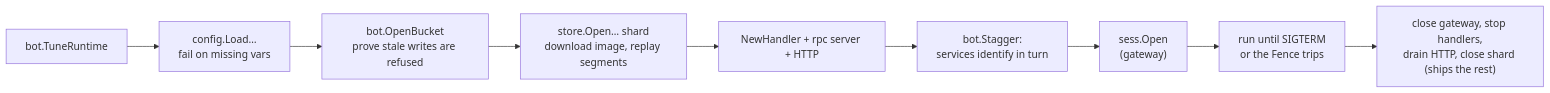
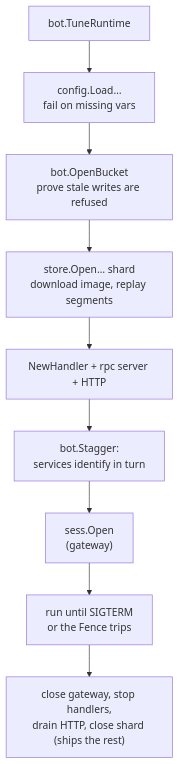
One commit to donfn/steki-discord-bot changed the tenth of 11 diagrams in docs/ARCHITECTURE.md. Above: the diagram before and after it, drawn with Mermaid. The commit also changed other lines of this file and 237 other files, not shown here.

````diff
--- a/docs/ARCHITECTURE.md
+++ b/docs/ARCHITECTURE.md
@@ -414,11 +376,11 @@
 ```mermaid
-flowchart LR
+flowchart TB
     A[bot.TuneRuntime] --> B["config.Load…<br/>fail on missing vars"]
     B --> C["bot.OpenBucket<br/>prove stale writes are refused"]
     C --> D["store.Open… shard<br/>download image, replay segments"]
     D --> E[NewHandler + rpc server + HTTP]
     E --> F["bot.Stagger:<br/>services identify in turn"]
     F --> G["sess.Open<br/>(gateway)"]
     G --> H["run until SIGTERM<br/>or the Fence trips"]
     H --> I["close gateway, stop handlers,<br/>drain HTTP, close shard (ships the rest)"]
 ```
````
